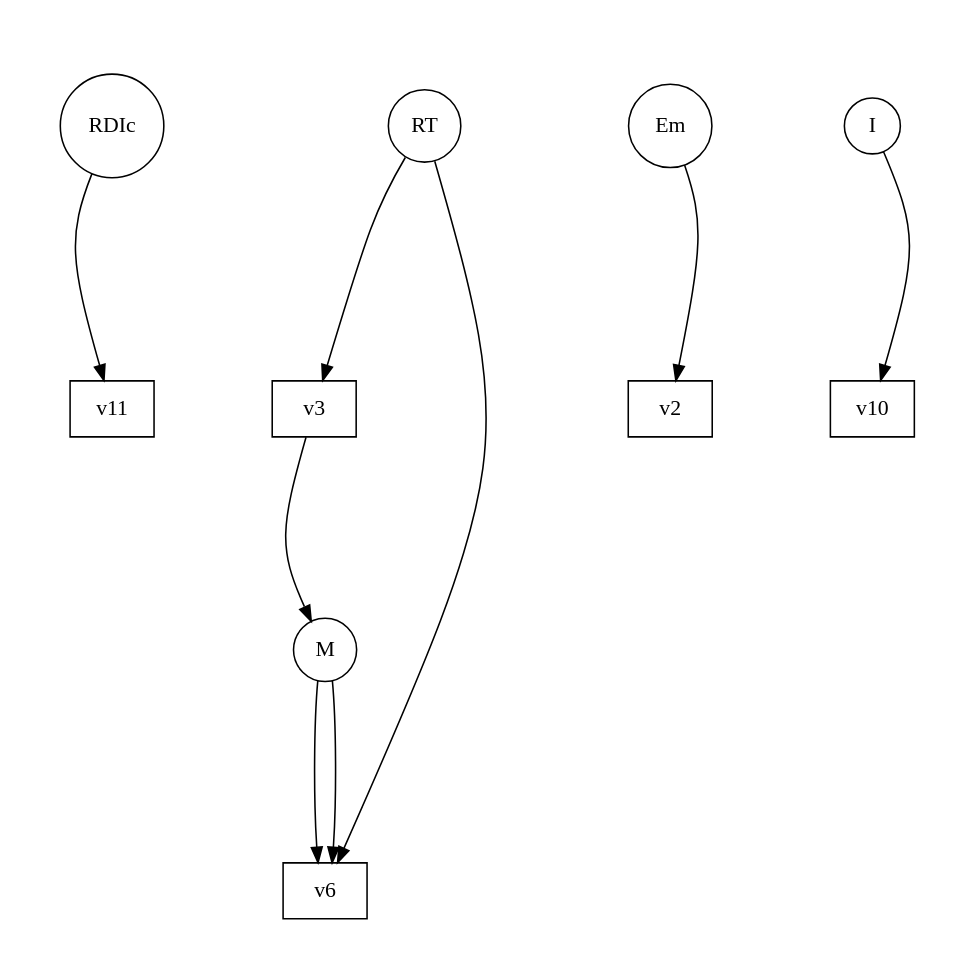
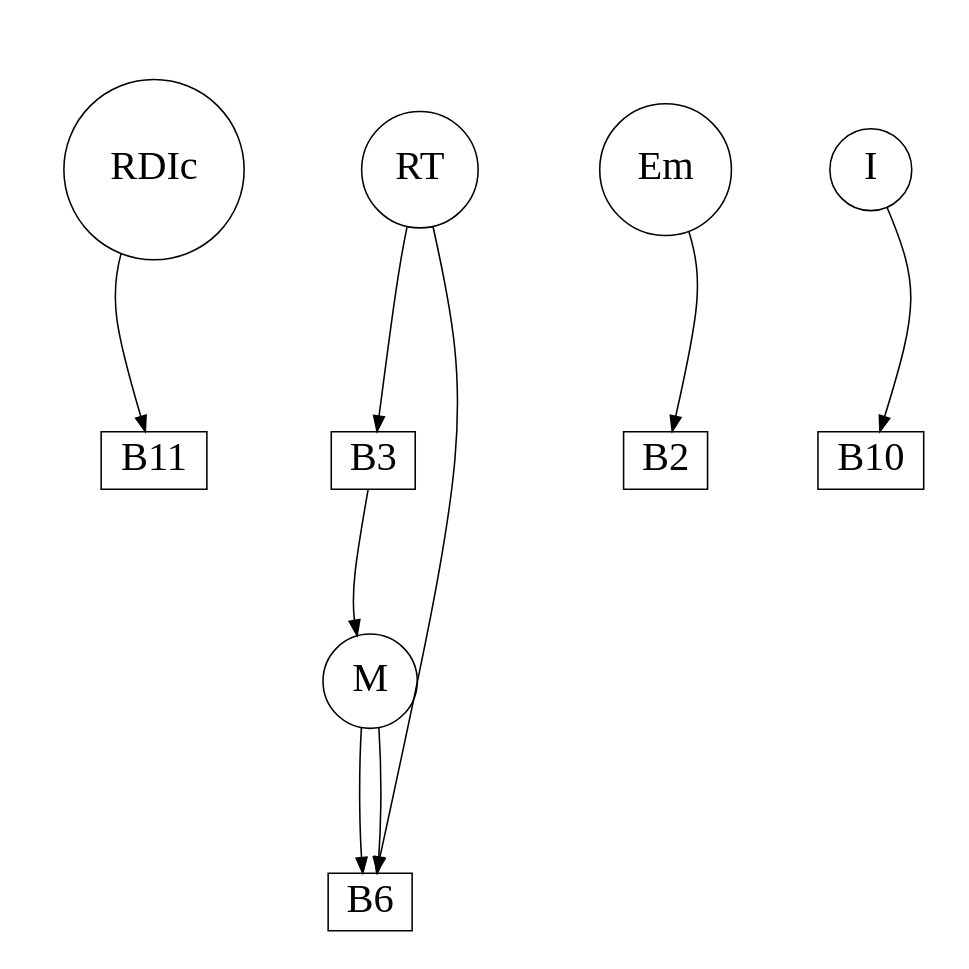
The diagram in cdc42_network_in_yeast/order_5/goryachev_model_order_5_frag_9.dot (gratelpy/gratelpy-supplementary-information), drawn with Graphviz before and after one commit. The commit also changed 618 other files, not shown here.

```diff
--- a/cdc42_network_in_yeast/order_5/goryachev_model_order_5_frag_9.dot
+++ b/cdc42_network_in_yeast/order_5/goryachev_model_order_5_frag_9.dot
@@ -1,26 +1,25 @@
 strict digraph G {
 remincross="true";
 ratio="fill";
 splines="curved";
 overlap="true";
-fontsize="26";
 size="8.3,8.3";
-RDIc [shape="circle", pos="400.0,0.0!"];
-RT [shape="circle", pos="80.0,240.0!"];
-Em [shape="circle", pos="0.0,280.0!"];
-I [shape="circle", pos="240.0,120.0!"];
-v11 [shape="box", pos="420.0,80.0!"];
-v10 [shape="box", pos="160.0,80.0!"];
-v6 [shape="box", pos="260.0,240.0!"];
-v3 [shape="box", pos="200.0,280.0!"];
-v2 [shape="box", pos="0.0,360.0!"];
-M [shape="circle", pos="260.0,360.0!"];
-I -> v10;
-Em -> v2;
-v6 -> RT;
-RT -> v3;
-v3 -> M;
-M -> v6;
-RDIc -> v11;
-v6 -> M;
+RDIc [shape="circle", fontsize=26, pos="400.0,0.0!"];
+RT [shape="circle", fontsize=26, pos="80.0,240.0!"];
+Em [shape="circle", fontsize=26, pos="0.0,280.0!"];
+I [shape="circle", fontsize=26, pos="240.0,120.0!"];
+B11 [shape="box", fontsize=26, pos="420.0,80.0!"];
+B10 [shape="box", fontsize=26, pos="160.0,80.0!"];
+B6 [shape="box", fontsize=26, pos="260.0,240.0!"];
+B3 [shape="box", fontsize=26, pos="200.0,280.0!"];
+B2 [shape="box", fontsize=26, pos="0.0,360.0!"];
+M [shape="circle", fontsize=26, pos="260.0,360.0!"];
+I -> B10;
+Em -> B2;
+B6 -> RT;
+RT -> B3;
+B3 -> M;
+M -> B6;
+RDIc -> B11;
+B6 -> M;
 }
```
